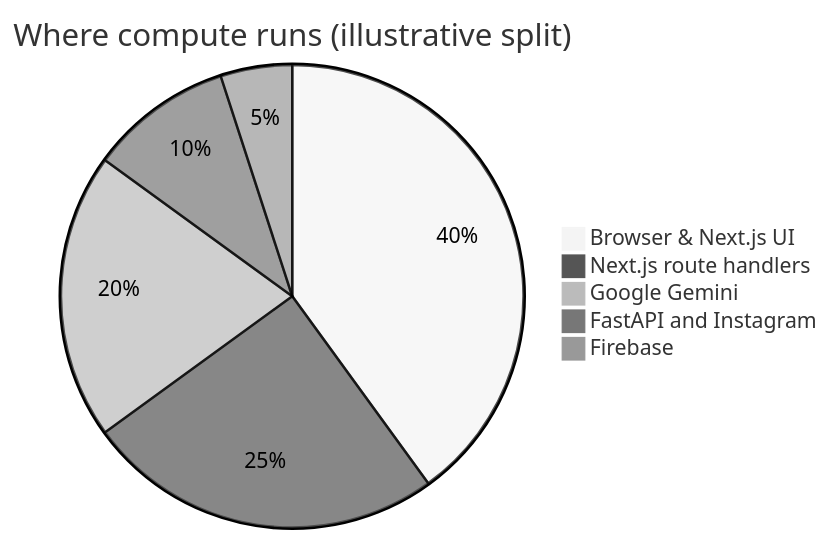
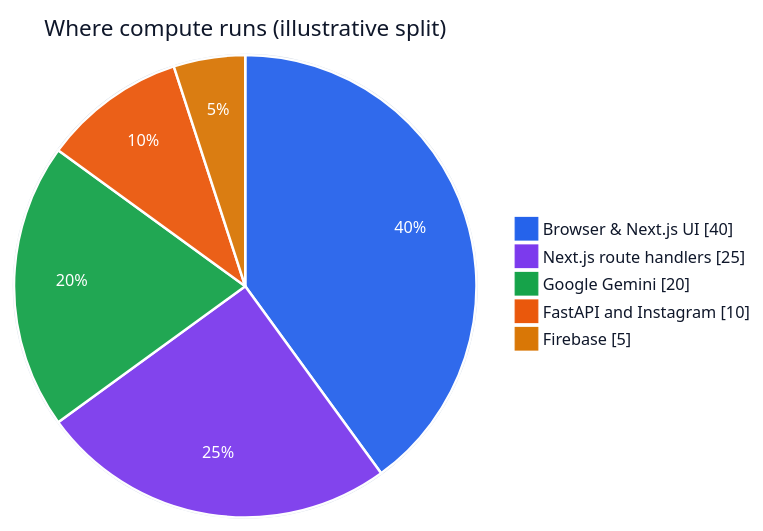
The eighth of 8 diagrams in README.md (Aniruddh-fullstac/knowmedfia), drawn with Mermaid before and after one commit. The commit also changed other lines of this file, not shown here.

Commit message:
docs: use custom pipeline diagram in README

````diff
--- a/README.md
+++ b/README.md
@@ -528,9 +640,30 @@
 ```mermaid
-%%{init: { "theme": "neutral" }}%%
-pie title Where compute runs (illustrative split)
+%%{init: {
+  "theme": "base",
+  "themeVariables": {
+    "fontFamily": "ui-sans-serif, system-ui, sans-serif",
+    "pie1": "#2563eb",
+    "pie2": "#7c3aed",
+    "pie3": "#16a34a",
+    "pie4": "#ea580c",
+    "pie5": "#d97706",
+    "pieTitleTextSize": "18px",
+    "pieTitleTextColor": "#0f172a",
+    "pieSectionTextSize": "13px",
+    "pieSectionTextColor": "#ffffff",
+    "pieStrokeColor": "#ffffff",
+    "pieStrokeWidth": "2px",
+    "pieOuterStrokeColor": "#cbd5e1",
+    "pieOuterStrokeWidth": "1px",
+    "pieLegendTextColor": "#0f172a",
+    "pieLegendTextSize": "13px",
+    "pieOpacity": "0.95"
+  }
+}}%%
+pie showData title Where compute runs (illustrative split)
     "Browser & Next.js UI" : 40
     "Next.js route handlers" : 25
     "Google Gemini" : 20
     "FastAPI and Instagram" : 10
     "Firebase" : 5
 ```
````
